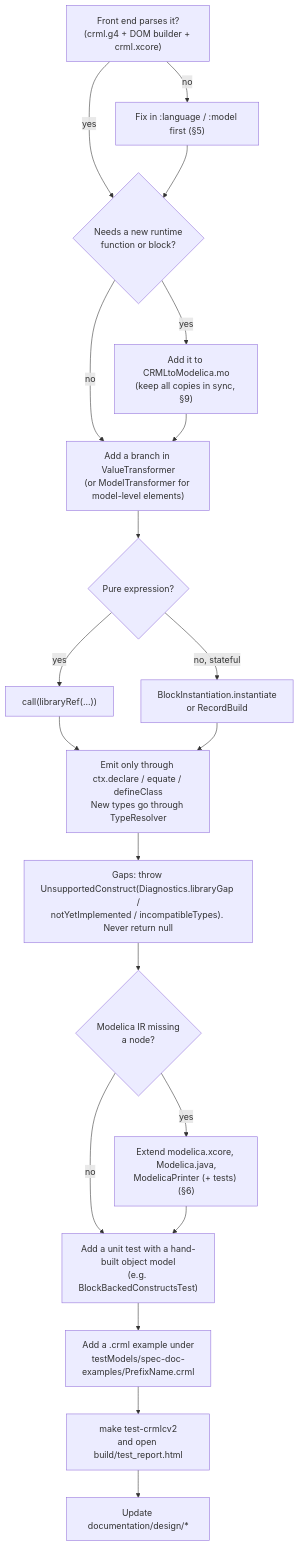
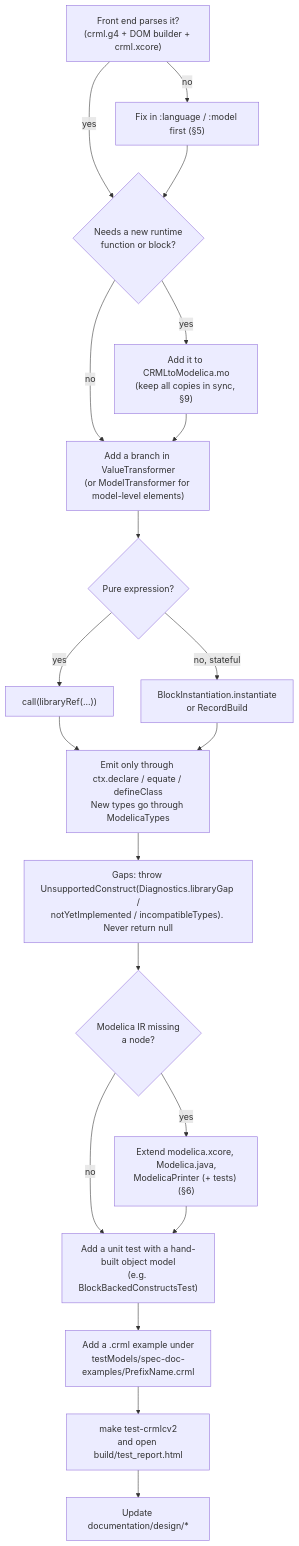
Diagram 15 of 19 in documentation/design/developer-guide.md (OpenModelica/CRML), drawn with Mermaid before and after one commit. The commit also changed other lines of this file and 56 other files, not shown here.

````diff
--- a/documentation/design/developer-guide.md
+++ b/documentation/design/developer-guide.md
@@ -760,22 +778,22 @@
 ```mermaid
 flowchart TD
     A["Front end parses it?<br/>(crml.g4 + DOM builder + crml.xcore)"] -->|no| A1["Fix in :language / :model first (§5)"]
     A -->|yes| B{"Needs a new runtime<br/>function or block?"}
     A1 --> B
     B -- yes --> B1["Add it to CRMLtoModelica.mo<br/>(keep all copies in sync, §9)"]
     B -- no --> C
     B1 --> C["Add a branch in ValueTransformer<br/>(or ModelTransformer for model-level elements)"]
     C --> D{"Pure expression?"}
     D -- yes --> D1["call(libraryRef(...))"]
     D -- "no, stateful" --> D2["BlockInstantiation.instantiate<br/>or RecordBuild"]
     D1 --> E
-    D2 --> E["Emit only through ctx.declare / equate / defineClass<br/>New types go through TypeResolver"]
+    D2 --> E["Emit only through ctx.declare / equate / defineClass<br/>New types go through ModelicaTypes"]
     E --> F["Gaps: throw UnsupportedConstruct(Diagnostics.libraryGap /<br/>notYetImplemented / incompatibleTypes). Never return null"]
     F --> G{"Modelica IR missing<br/>a node?"}
     G -- yes --> G1["Extend modelica.xcore, Modelica.java,<br/>ModelicaPrinter (+ tests) (§6)"]
     G -- no --> H
     G1 --> H["Add a unit test with a hand-built object model<br/>(e.g. BlockBackedConstructsTest)"]
     H --> I["Add a .crml example under<br/>testModels/spec-doc-examples/PrefixName.crml"]
     I --> J["make test-crmlcv2<br/>and open build/test_report.html"]
     J --> K["Update documentation/design/*"]
 ```
````
